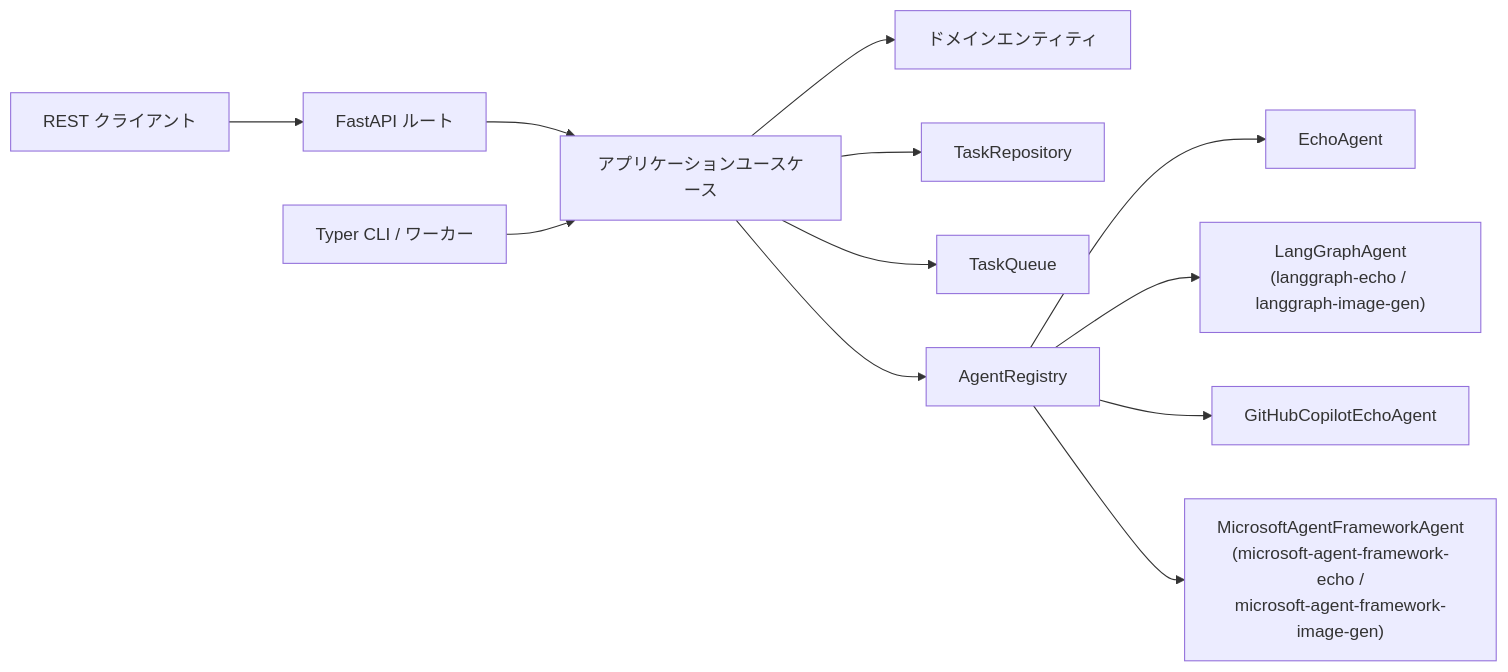
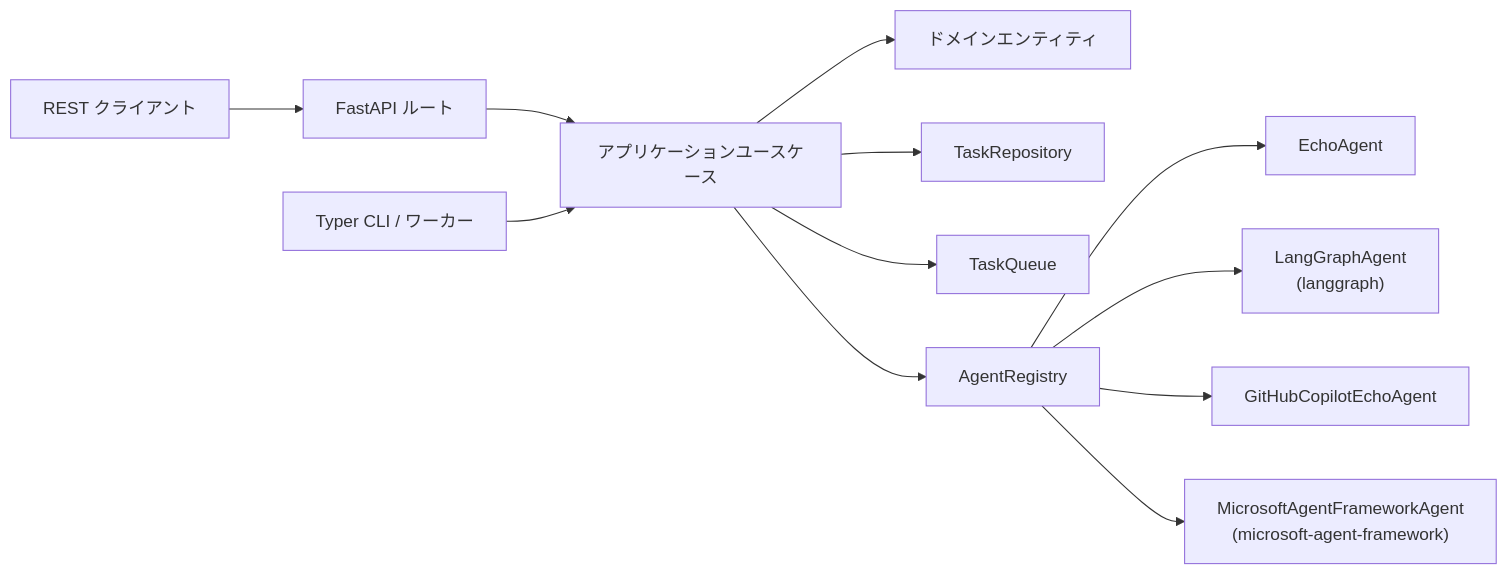
One commit to ks6088ts-labs/concierge changed the first of 2 diagrams in docs/cloud_agent/index.ja.md. Above: the diagram before and after it, drawn with Mermaid. The commit also changed other lines of this file and 32 other files, not shown here.

````diff
--- a/docs/cloud_agent/index.ja.md
+++ b/docs/cloud_agent/index.ja.md
@@ -13,14 +13,14 @@
 ```mermaid
 flowchart LR
     Client[REST クライアント] --> Web[FastAPI ルート]
     Web --> UC[アプリケーションユースケース]
     CLI[Typer CLI / ワーカー] --> UC
     UC --> Domain[ドメインエンティティ]
     UC --> Repo[TaskRepository]
     UC --> Queue[TaskQueue]
     UC --> Registry[AgentRegistry]
     Registry --> Echo[EchoAgent]
-    Registry --> LG["LangGraphAgent\n(langgraph-echo / langgraph-image-gen)"]
+    Registry --> LG["LangGraphAgent\n(langgraph)"]
     Registry --> GCE[GitHubCopilotEchoAgent]
-    Registry --> MAF["MicrosoftAgentFrameworkAgent\n(microsoft-agent-framework-echo /\nmicrosoft-agent-framework-image-gen)"]
+    Registry --> MAF["MicrosoftAgentFrameworkAgent\n(microsoft-agent-framework)"]
 ```
````
